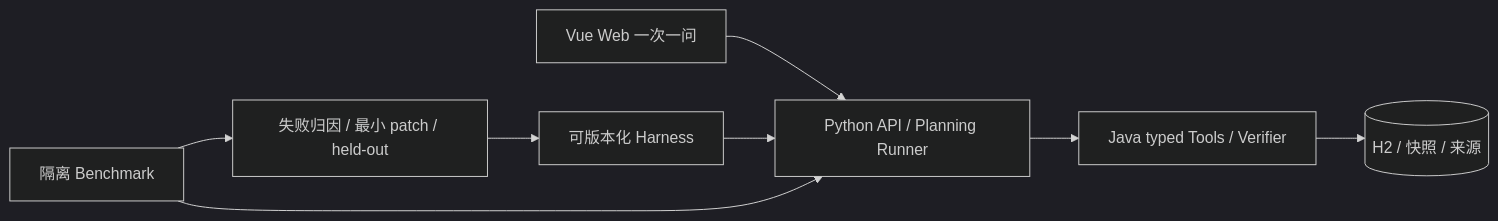
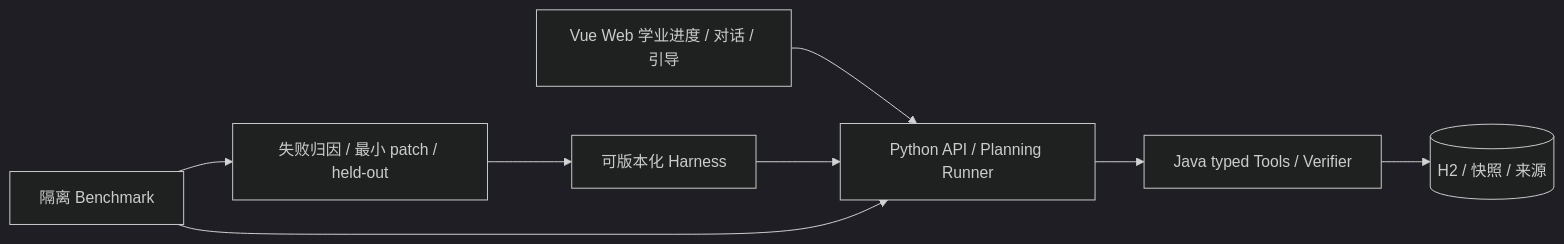
The diagram in README.md (HelicasECoode42/CoursePilot-Evo), drawn with Mermaid (dark theme) before and after one commit. The commit also changed other lines of this file and 3 other files, not shown here.

````diff
--- a/README.md
+++ b/README.md
@@ -37,10 +39,10 @@
 ```mermaid
 flowchart LR
-  W[Vue Web 一次一问] --> P[Python API / Planning Runner]
+  W[Vue Web 学业进度 / 对话 / 引导] --> P[Python API / Planning Runner]
   H[可版本化 Harness] --> P
   P --> J[Java typed Tools / Verifier]
   J --> DB[(H2 / 快照 / 来源)]
   B[隔离 Benchmark] --> P
   B --> E[失败归因 / 最小 patch / held-out]
   E --> H
 ```
````
